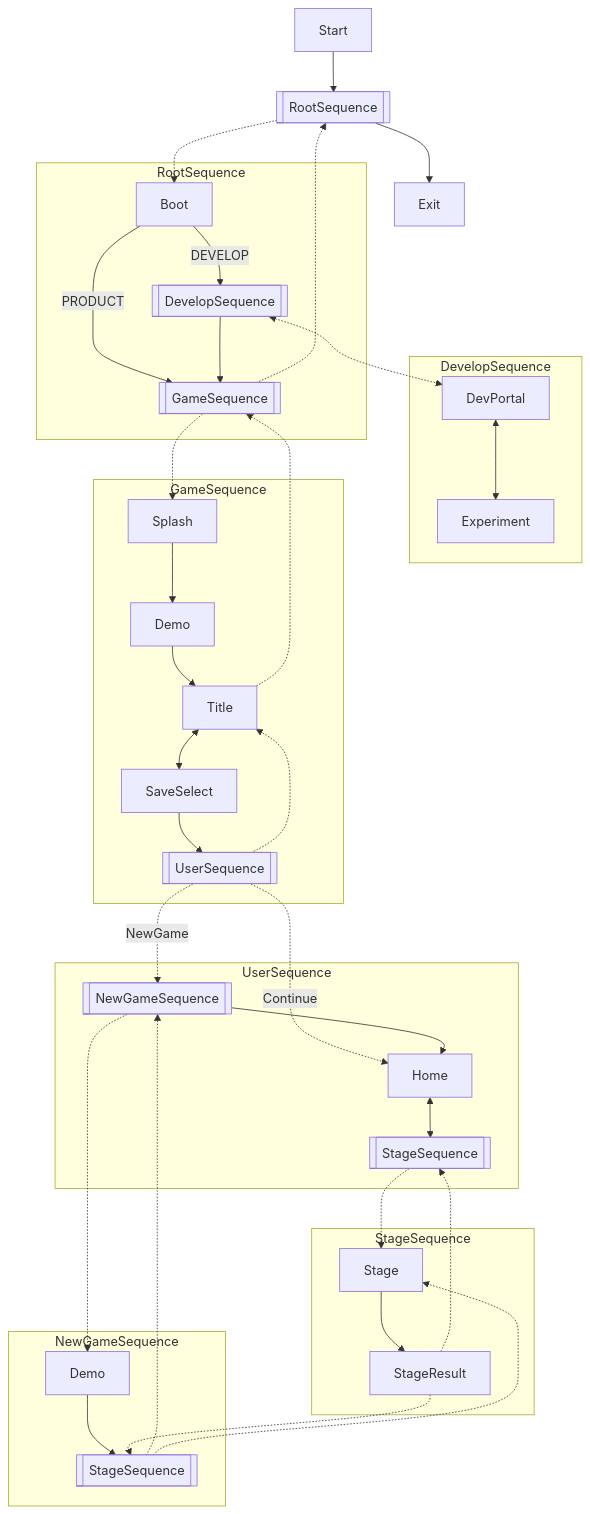
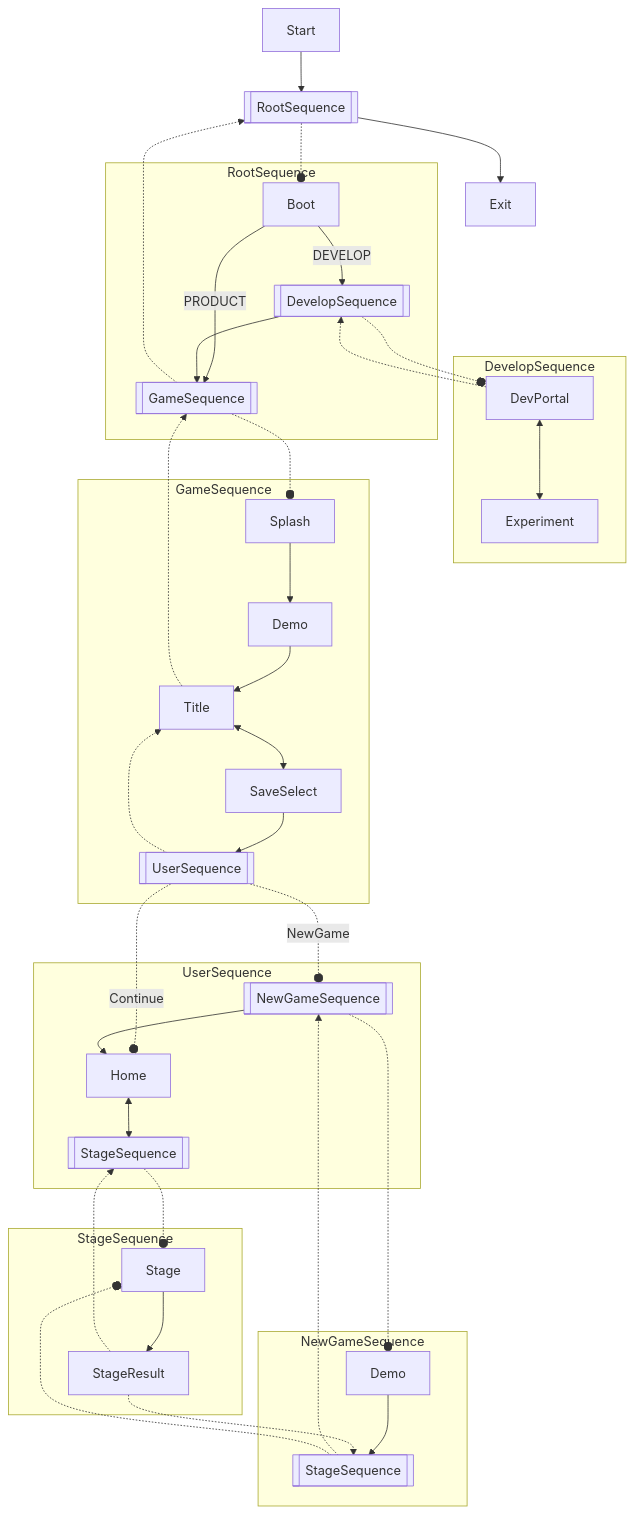
The diagram in Re-Abyss/docs/Plan/03_シーン/99_シーケンス.md (tyanmahou/Re-Abyss), drawn with Mermaid before and after one commit.

````diff
--- a/Re-Abyss/docs/Plan/03_シーン/99_シーケンス.md
+++ b/Re-Abyss/docs/Plan/03_シーン/99_シーケンス.md
@@ -1,50 +1,51 @@
 ```mermaid
 graph TD
 
 Start --> RootSeq[[RootSequence]]
 RootSeq --> Exit
-RootSeq -.-> Boot
+RootSeq -.-o Boot
 
 subgraph RootSequence
     Boot --> |DEVELOP|DevSeq[[DevelopSequence]]
     Boot --> |PRODUCT|GameSeq[[GameSequence]]
     DevSeq --> GameSeq
 end
-DevSeq <-.-> DevPortal
-GameSeq -.-> Splash
+DevSeq -.-o DevPortal
+DevPortal -.-> DevSeq
+GameSeq -.-o Splash
 GameSeq -.-> RootSeq
 
 subgraph DevelopSequence
     DevPortal <--> Experiment
 end
 
 subgraph GameSequence
     Splash --> Demo
     Demo --> Title
     Title -.-> GameSeq
     Title <--> SaveSelect
     SaveSelect --> UserSeq[[UserSequence]]
 end
 UserSeq -.-> Title
-UserSeq -.-> |NewGame|NewGameSeq[[NewGameSequence]]
-UserSeq -.-> |Continue|Home
+UserSeq -.-o |NewGame|NewGameSeq[[NewGameSequence]]
+UserSeq -.-o |Continue|Home
 
 subgraph UserSequence
     Home <--> StageSeq[[StageSequence]]
     NewGameSeq --> Home
 end
-NewGameSeq -.-> Demo_2[Demo]
-StageSeq -.-> Stage
+NewGameSeq -.-o Demo_2[Demo]
+StageSeq -.-o Stage
 
 subgraph StageSequence
     Stage --> StageResult
 end
 StageResult -.-> StageSeq
 
 subgraph NewGameSequence
     Demo_2 --> StageSeq_2[[StageSequence]]
 end
 StageSeq_2 -.-> NewGameSeq
-StageSeq_2 -.-> Stage
+StageSeq_2 -.-o Stage
 StageResult -.-> StageSeq_2
 ``` 
````
